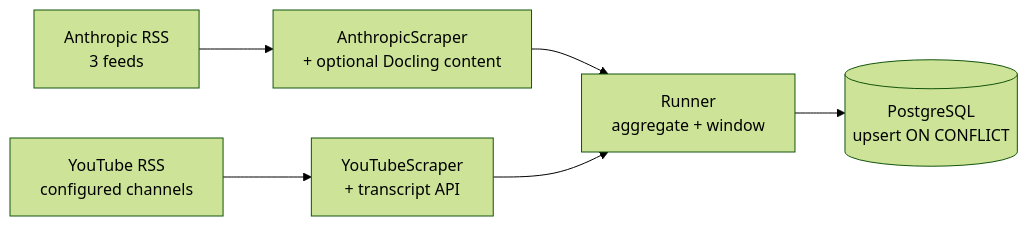
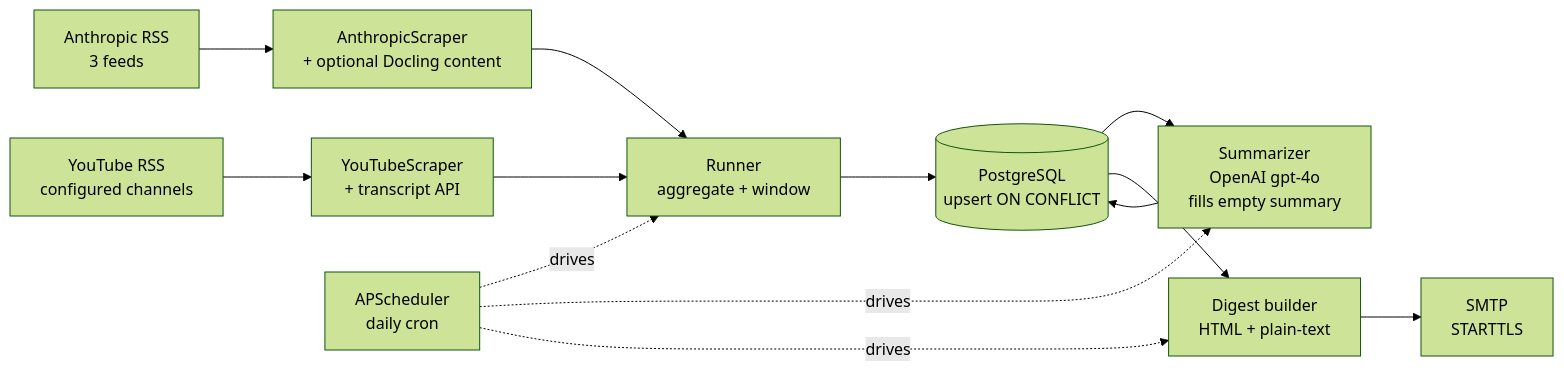
The diagram in README.md (CrSamson/brevio-ai), drawn with Mermaid (forest theme) before and after one commit. The commit also changed other lines of this file and 1 other file, not shown here.

````diff
--- a/README.md
+++ b/README.md
@@ -15,8 +15,15 @@
 ```mermaid
 flowchart LR
     A[Anthropic RSS<br/>3 feeds] --> C[AnthropicScraper<br/>+ optional Docling content]
     B[YouTube RSS<br/>configured channels] --> D[YouTubeScraper<br/>+ transcript API]
     C --> E[Runner<br/>aggregate + window]
     D --> E
     E --> F[(PostgreSQL<br/>upsert ON CONFLICT)]
+    F --> G[Summarizer<br/>OpenAI gpt-4o<br/>fills empty summary]
+    G --> F
+    F --> H[Digest builder<br/>HTML + plain-text]
+    H --> I[SMTP<br/>STARTTLS]
+    J[APScheduler<br/>daily cron] -.drives.-> E
+    J -.drives.-> G
+    J -.drives.-> H
 ```
````
